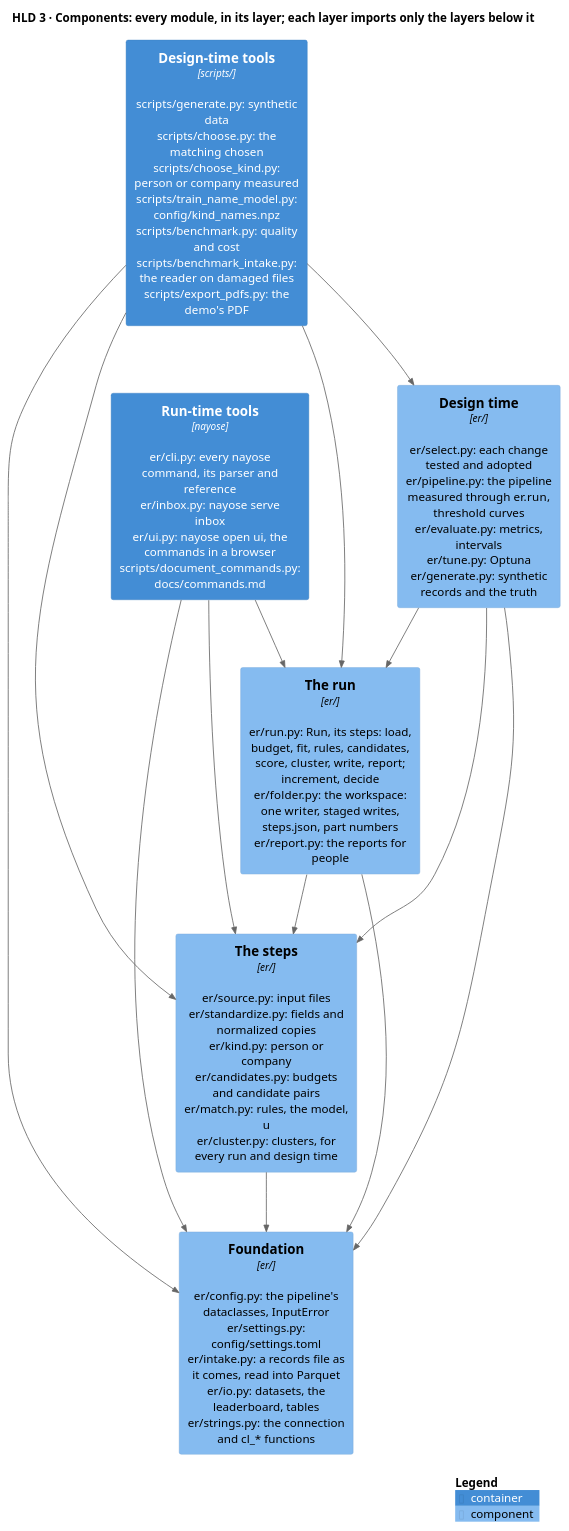
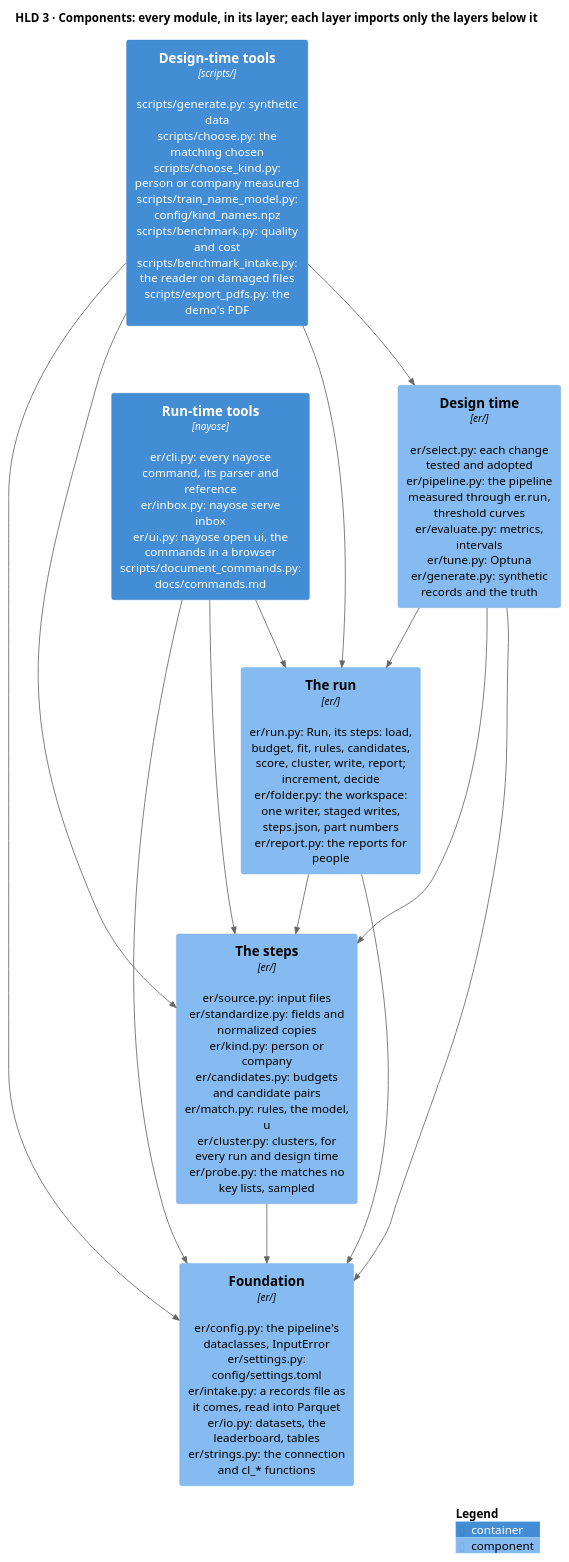
The diagram in docs/diagrams/components.puml (mvsbm/entity_matching), drawn with PlantUML before and after one commit. The commit also changed 14 other files, not shown here.

First line of the commit message:
A full run measures the matches it didn't join, by sampling the pairs no key lists

```diff
--- a/docs/diagrams/components.puml
+++ b/docs/diagrams/components.puml
@@ -1,30 +1,30 @@
 @startuml components
 !include <C4/C4_Component>
 LAYOUT_TOP_DOWN()
 HIDE_STEREOTYPE()
 title HLD 3 · Components: every module, in its layer; each layer imports only the layers below it
 
 Container(tools_run, "Run-time tools", "nayose", "er/cli.py: every nayose command, its parser and reference\ner/inbox.py: nayose serve inbox\ner/ui.py: nayose open ui, the commands in a browser\nscripts/document_commands.py: docs/commands.md")
 Container(tools_design, "Design-time tools", "scripts/", "scripts/generate.py: synthetic data\nscripts/choose.py: the matching chosen\nscripts/choose_kind.py: person or company measured\nscripts/train_name_model.py: config/kind_names.npz\nscripts/benchmark.py: quality and cost\nscripts/benchmark_intake.py: the reader on damaged files\nscripts/export_pdfs.py: the demo's PDF")
 
 Component(run, "The run", "er/", "er/run.py: Run, its steps: load, budget, fit, rules, candidates, score, cluster, write, report; increment, decide\ner/folder.py: the workspace: one writer, staged writes, steps.json, part numbers\ner/report.py: the reports for people")
 Component(design, "Design time", "er/", "er/select.py: each change tested and adopted\ner/pipeline.py: the pipeline measured through er.run, threshold curves\ner/evaluate.py: metrics, intervals\ner/tune.py: Optuna\ner/generate.py: synthetic records and the truth")
-Component(steps, "The steps", "er/", "er/source.py: input files\ner/standardize.py: fields and normalized copies\ner/kind.py: person or company\ner/candidates.py: budgets and candidate pairs\ner/match.py: rules, the model, u\ner/cluster.py: clusters, for every run and design time")
+Component(steps, "The steps", "er/", "er/source.py: input files\ner/standardize.py: fields and normalized copies\ner/kind.py: person or company\ner/candidates.py: budgets and candidate pairs\ner/match.py: rules, the model, u\ner/cluster.py: clusters, for every run and design time\ner/probe.py: the matches no key lists, sampled")
 Component(configuration, "Foundation", "er/", "er/config.py: the pipeline's dataclasses, InputError\ner/settings.py: config/settings.toml\ner/intake.py: a records file as it comes, read into Parquet\ner/io.py: datasets, the leaderboard, tables\ner/strings.py: the connection and cl_* functions")
 
 Rel_D(tools_run, run, "")
 Rel_D(tools_run, steps, "")
 Rel_D(tools_run, configuration, "")
 Rel_D(tools_design, run, "")
 Rel_D(tools_design, design, "")
 Rel_D(tools_design, steps, "")
 Rel_D(tools_design, configuration, "")
 Rel_D(run, steps, "")
 Rel_D(run, configuration, "")
 Rel_D(design, run, "")
 Rel_D(design, steps, "")
 Rel_D(design, configuration, "")
 Rel_D(steps, configuration, "")
 
 SHOW_LEGEND()
 @enduml
```
